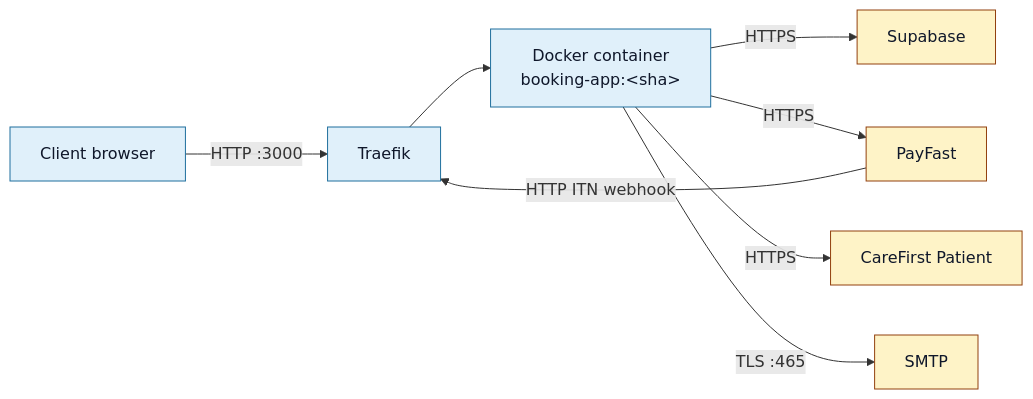
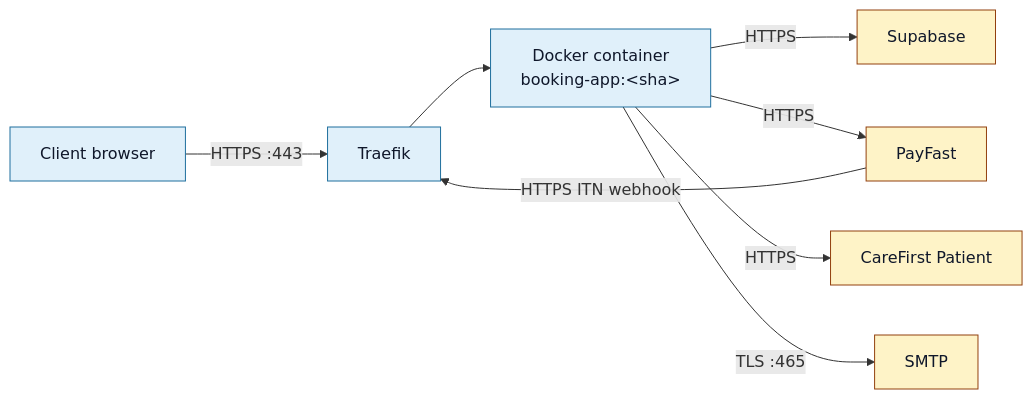
The diagram in booking-app/content/reports/deployment-hosting.mdx (LuckyDaWizard/3rd-Party-Booking-System), drawn with Mermaid before and after one commit. The commit also changed other lines of this file and 6 other files, not shown here.

````diff
--- a/booking-app/content/reports/deployment-hosting.mdx
+++ b/booking-app/content/reports/deployment-hosting.mdx
@@ -40,15 +40,15 @@
 ```mermaid
 flowchart LR
-    A[Client browser] -->|HTTP :3000| B[Traefik]
+    A[Client browser] -->|HTTPS :443| B[Traefik]
     B --> C[Docker container<br/>booking-app:&lt;sha&gt;]
     C -->|HTTPS| D[Supabase]
     C -->|HTTPS| E[PayFast]
     C -->|HTTPS| F[CareFirst Patient]
     C -->|TLS :465| G[SMTP]
-    E -->|HTTP ITN webhook| B
+    E -->|HTTPS ITN webhook| B
 
     classDef us    fill:#e0f0fa,stroke:#1f6f9d,color:#0f172a;
     classDef ext   fill:#fef3c7,stroke:#92400e,color:#0f172a;
     class A,B,C us;
     class D,E,F,G ext;
 ```
````
